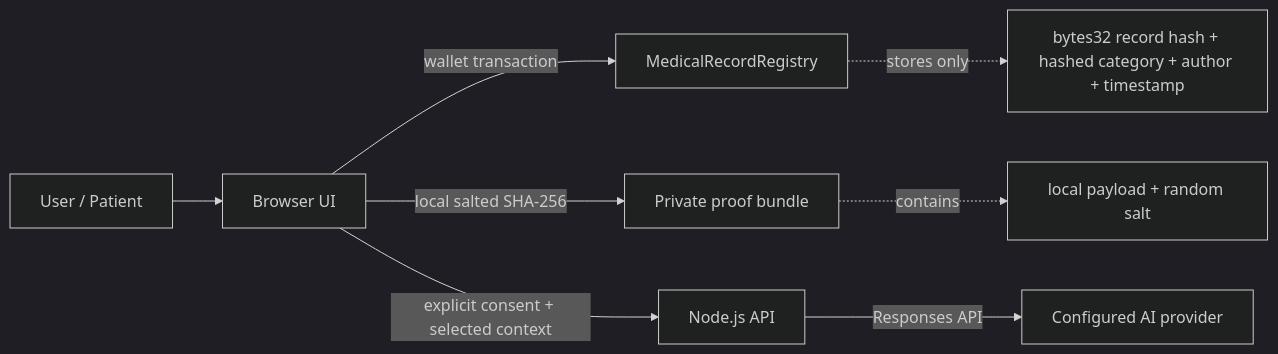
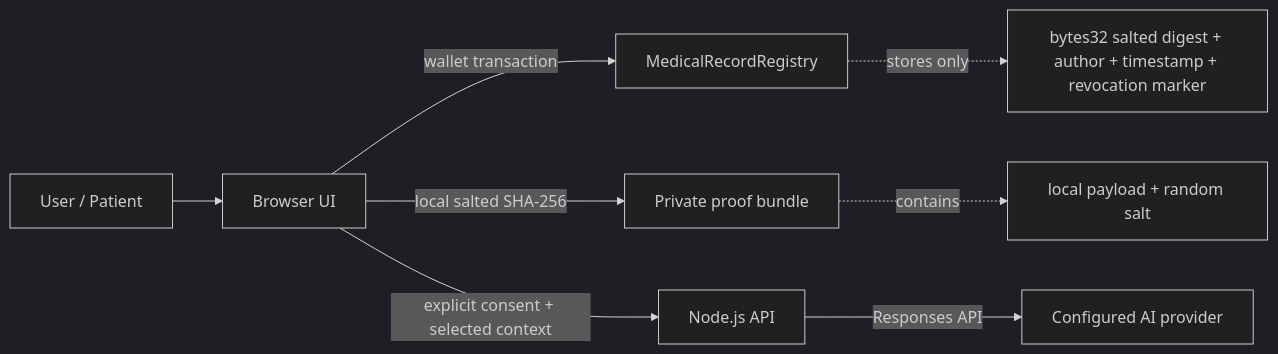
One commit to emreocell/HealtChain changed the diagram in docs/ARCHITECTURE.md. Above: the diagram before and after it, drawn with Mermaid (dark theme). The commit also changed other lines of this file and 9 other files, not shown here.

````diff
--- a/docs/ARCHITECTURE.md
+++ b/docs/ARCHITECTURE.md
@@ -11,11 +11,11 @@
 ```mermaid
 flowchart LR
   U[User / Patient] --> W[Browser UI]
   W -->|wallet transaction| C[MedicalRecordRegistry]
   W -->|local salted SHA-256| P[Private proof bundle]
   W -->|explicit consent + selected context| A[Node.js API]
   A -->|Responses API| O[Configured AI provider]
 
-  C -. stores only .-> H[bytes32 record hash + hashed category + author + timestamp]
+  C -. stores only .-> H[bytes32 salted digest + author + timestamp + revocation marker]
   P -. contains .-> D[local payload + random salt]
 ```
````
